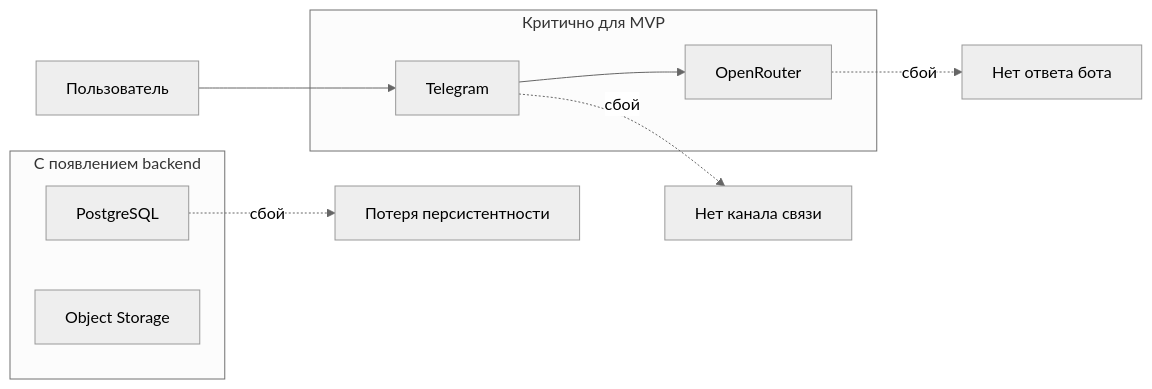
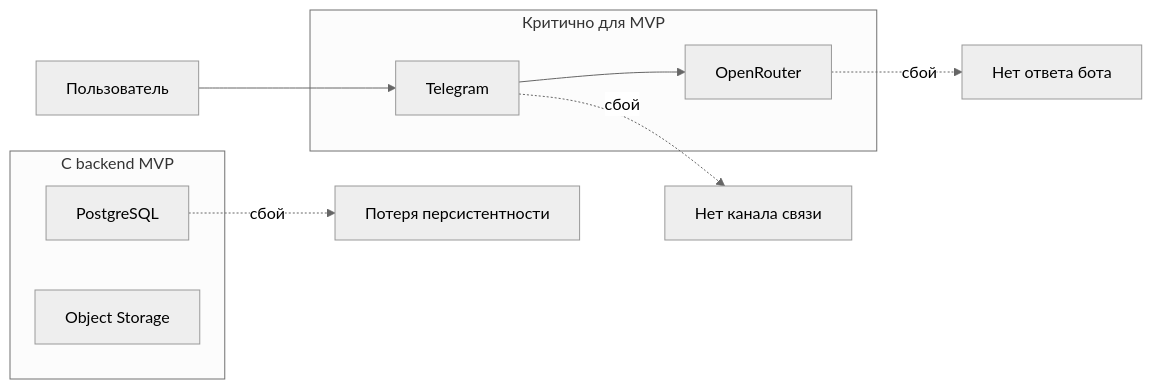
Before and after one commit to zatulik2606/diaai: the second of 2 diagrams in docs/integrations.md, drawn with Mermaid (neutral theme). The commit also changed other lines of this file and 57 other files, not shown here.

````diff
--- a/docs/integrations.md
+++ b/docs/integrations.md
@@ -113,18 +130,18 @@
 ```mermaid
 flowchart LR
     subgraph critical [Критично для MVP]
         TG2["Telegram"]
         OR2["OpenRouter"]
     end
 
-    subgraph later [С появлением backend]
+    subgraph later [С backend MVP]
         PG2["PostgreSQL"]
         S32["Object Storage"]
     end
 
     User["Пользователь"] --> TG2
     TG2 --> OR2
     OR2 -.->|сбой| Risk1["Нет ответа бота"]
     TG2 -.->|сбой| Risk2["Нет канала связи"]
     PG2 -.->|сбой| Risk3["Потеря персистентности"]
 ```
````
